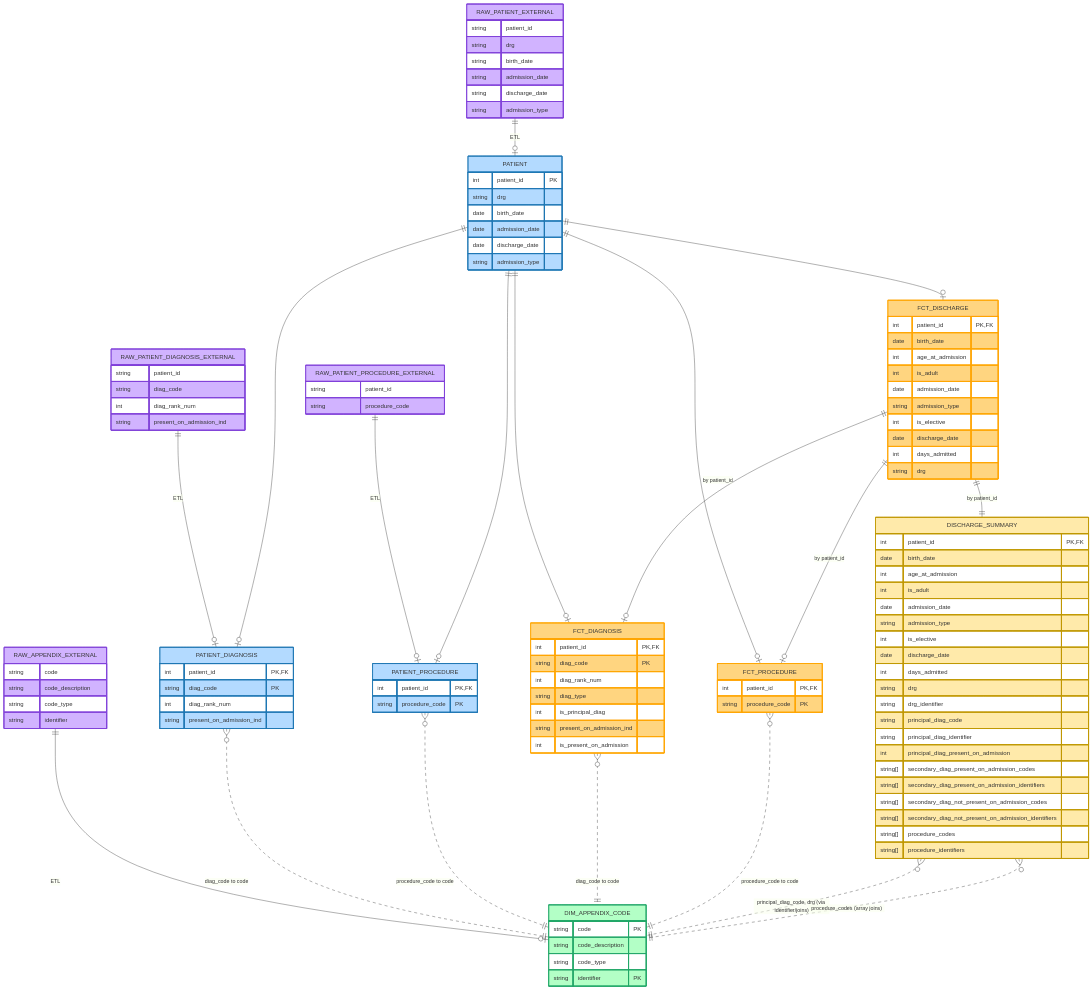
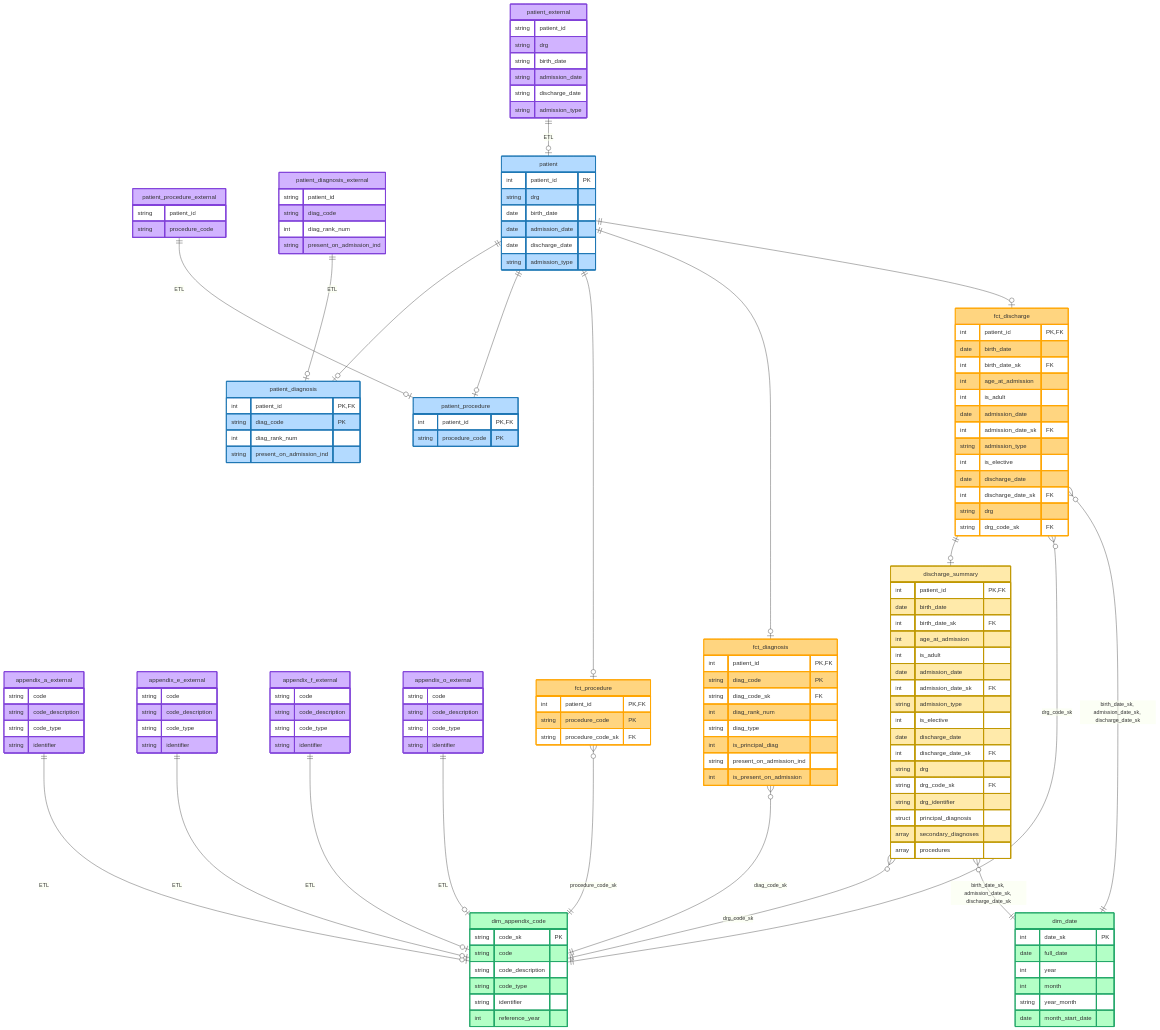
Before and after one commit to l-aldridge/hca-consulting-data-engineer-takehome: the diagram in README.md, drawn with Mermaid. The commit also changed other lines of this file and 7 other files, not shown here.

````diff
--- a/README.md
+++ b/README.md
@@ -23,148 +36,182 @@
 ```mermaid
 erDiagram
-  direction TB
+    direction TB
 
-  %% -----RAW EXTERNAL LAYER----
-  raw_patient_external["RAW_PATIENT_EXTERNAL"] {
-    string patient_id
-    string drg
-    string birth_date
-    string admission_date
-    string discharge_date
-    string admission_type
-  }
-  raw_patient_diagnosis_external["RAW_PATIENT_DIAGNOSIS_EXTERNAL"] {
-    string patient_id
-    string diag_code
-    int diag_rank_num
-    string present_on_admission_ind
-  }
-  raw_patient_procedure_external["RAW_PATIENT_PROCEDURE_EXTERNAL"] {
-    string patient_id
-    string procedure_code
-  }
-  raw_appendix_external["RAW_APPENDIX_EXTERNAL"] {
-    string code
-    string code_description
-    string code_type
-    string identifier
-  }
+    %% ------------ RAW EXTERNAL LAYER -----------
+    patient_external {
+        string patient_id
+        string drg
+        string birth_date
+        string admission_date
+        string discharge_date
+        string admission_type
+    }
+    patient_procedure_external {
+        string patient_id
+        string procedure_code
+    }
+    patient_diagnosis_external {
+        string patient_id
+        string diag_code
+        int diag_rank_num
+        string present_on_admission_ind
+    }
+    appendix_a_external {
+        string code
+        string code_description
+        string code_type
+        string identifier
+    }
+    appendix_e_external {
+        string code
+        string code_description
+        string code_type
+        string identifier
+    }
+    appendix_f_external {
+        string code
+        string code_description
+        string code_type
+        string identifier
+    }
+    appendix_o_external {
+        string code
+        string code_description
+        string code_type
+        string identifier
+    }
 
-  %% -----REFERENCE LAYER----
-  dim_appendix_code["DIM_APPENDIX_CODE"] {
-    string code PK
-    string code_description
-    string code_type
-    string identifier PK
-  }
+    %% ------------- REFERENCE LAYER -------------
+    dim_appendix_code {
+        string code_sk PK
+        string code
+        string code_description
+        string code_type
+        string identifier
+        int reference_year
+    }
+    dim_date {
+        int date_sk PK
+        date full_date
+        int year
+        int month
+        string year_month
+        date month_start_date
+    }
 
-  %% -----CORE LAYER----
-  patient["PATIENT"] {
-    int patient_id PK
-    string drg
-    date birth_date
-    date admission_date
-    date discharge_date
-    string admission_type
-  }
-  patient_diagnosis["PATIENT_DIAGNOSIS"] {
-    int patient_id PK, FK
-    string diag_code PK
-    int diag_rank_num
-    string present_on_admission_ind
-  }
-  patient_procedure["PATIENT_PROCEDURE"] {
-    int patient_id PK, FK
-    string procedure_code PK
-  }
 
-  %% -----ANALYTICS LAYER----
-  fct_discharge["FCT_DISCHARGE"] {
-    int patient_id PK, FK
-    date birth_date
-    int age_at_admission
-    int is_adult
-    date admission_date
-    string admission_type
-    int is_elective
-    date discharge_date
-    int days_admitted
-    string drg
-  }
-  fct_diagnosis["FCT_DIAGNOSIS"] {
-    int patient_id PK, FK
-    string diag_code PK
-    int diag_rank_num
-    string diag_type
-    int is_principal_diag
-    string present_on_admission_ind
-    int is_present_on_admission
-  }
-  fct_procedure["FCT_PROCEDURE"] {
-    int patient_id PK, FK
-    string procedure_code PK
-  }
-  discharge_summary["DISCHARGE_SUMMARY"] {
-    int patient_id PK, FK
-    date birth_date
-    int age_at_admission
-    int is_adult
-    date admission_date
-    string admission_type
-    int is_elective
-    date discharge_date
-    int days_admitted
-    string drg
-    string drg_identifier
-    string principal_diag_code
-    string principal_diag_identifier
-    int principal_diag_present_on_admission
-    string[] secondary_diag_present_on_admission_codes
-    string[] secondary_diag_present_on_admission_identifiers
-    string[] secondary_diag_not_present_on_admission_codes
-    string[] secondary_diag_not_present_on_admission_identifiers
-    string[] procedure_codes
-    string[] procedure_identifiers
-  }
+    %% ------------------ CORE LAYER -----------------
+    patient {
+        int patient_id PK
+        string drg
+        date birth_date
+        date admission_date
+        date discharge_date
+        string admission_type
+    }
+    patient_procedure {
+        int patient_id PK, FK
+        string procedure_code PK
+    }
+    patient_diagnosis {
+        int patient_id PK, FK
+        string diag_code PK
+        int diag_rank_num
+        string present_on_admission_ind
+    }
 
-  %% ---RAW TO CORE---
-  raw_patient_external ||--o| patient : "ETL"
-  raw_patient_diagnosis_external ||--o| patient_diagnosis : "ETL"
-  raw_patient_procedure_external ||--o| patient_procedure : "ETL"
-  raw_appendix_external ||--o| dim_appendix_code : "ETL"
+    %% ------------------ CORE FACTS -----------------
+    fct_discharge {
+        int patient_id PK, FK
+        date birth_date
+        int birth_date_sk FK
+        int age_at_admission
+        int is_adult
+        date admission_date
+        int admission_date_sk FK
+        string admission_type
+        int is_elective
+        date discharge_date
+        int discharge_date_sk FK
+        string drg
+        string drg_code_sk FK
+    }
+    fct_diagnosis {
+        int patient_id PK, FK
+        string diag_code PK
+        string diag_code_sk FK
+        int diag_rank_num
+        string diag_type
+        int is_principal_diag
+        string present_on_admission_ind
+        int is_present_on_admission
+    }
+    fct_procedure {
+        int patient_id PK, FK
+        string procedure_code PK
+        string procedure_code_sk FK
+    }
 
-  %% ---REFERENCE/CODE RELATIONSHIPS---
-  patient_diagnosis }o..|| dim_appendix_code : "diag_code to code"
-  patient_procedure }o..|| dim_appendix_code : "procedure_code to code"
-  fct_diagnosis }o..|| dim_appendix_code : "diag_code to code"
-  fct_procedure }o..|| dim_appendix_code : "procedure_code to code"
+    %% ----------------- ANALYTICS SUMMARY -----------------
+    discharge_summary {
+        int patient_id PK, FK
+        date birth_date
+        int birth_date_sk FK
+        int age_at_admission
+        int is_adult
+        date admission_date
+        int admission_date_sk FK
+        string admission_type
+        int is_elective
+        date discharge_date
+        int discharge_date_sk FK
+        string drg
+        string drg_code_sk FK
+        string drg_identifier
+        struct principal_diagnosis
+        array secondary_diagnoses
+        array procedures
+    }
 
-  %% ---CORE LAYER RELATIONSHIPS---
-  patient ||--o| patient_diagnosis : ""
-  patient ||--o| patient_procedure : ""
+    %% ------------ RELATIONSHIPS --------------
 
-  %% ---ANALYTICS LAYER RELATIONSHIPS---
-  patient ||--o| fct_discharge : ""
-  patient ||--o| fct_diagnosis : ""
-  patient ||--o| fct_procedure : ""
-  fct_discharge ||--o| fct_diagnosis : "by patient_id"
-  fct_discharge ||--o| fct_procedure : "by patient_id"
-  fct_discharge ||--|| discharge_summary : "by patient_id"
+    %% Raw external to staging layers
+    patient_external ||--o| patient : "ETL"
+    patient_procedure_external ||--o| patient_procedure : "ETL"
+    patient_diagnosis_external ||--o| patient_diagnosis : "ETL"
+    appendix_a_external ||--o| dim_appendix_code : "ETL"
+    appendix_e_external ||--o| dim_appendix_code : "ETL"
+    appendix_f_external ||--o| dim_appendix_code : "ETL"
+    appendix_o_external ||--o| dim_appendix_code : "ETL"
 
-  %% ---DISCHARGE SUMMARY CODE RELATIONSHIPS---
-  discharge_summary }o..|| dim_appendix_code : "principal_diag_code, drg (via identifier/joins)"
-  discharge_summary }o..|| dim_appendix_code : "procedure_codes (array joins)"
+    %% Reference FKs
+    fct_discharge }o--|| dim_date : "birth_date_sk, admission_date_sk, discharge_date_sk"
+    fct_discharge }o--|| dim_appendix_code : "drg_code_sk"
+    fct_diagnosis }o--|| dim_appendix_code : "diag_code_sk"
+    fct_procedure }o--|| dim_appendix_code : "procedure_code_sk"
+    discharge_summary }o--|| dim_date : "birth_date_sk, admission_date_sk, discharge_date_sk"
+    discharge_summary }o--|| dim_appendix_code : "drg_code_sk"
 
-  %% Color Classes
-  classDef raw fill:#D1B3FF,stroke:#8041D9,stroke-width:2px
-  classDef core fill:#B3DAFF,stroke:#1F78B4,stroke-width:2px
-  classDef fact fill:#FFD580,stroke:#FFA600,stroke-width:2px
-  classDef dim fill:#B3FFC6,stroke:#23A769,stroke-width:2px
-  classDef summary fill:#FFEAAA,stroke:#C09800,stroke-width:2px
+    %% Core to fact relationships
+    patient ||--o| fct_discharge : ""
+    patient ||--o| fct_diagnosis : ""
+    patient ||--o| fct_procedure : ""
+    patient ||--o| patient_procedure : ""
+    patient ||--o| patient_diagnosis : ""
 
-  class raw_patient_external,raw_patient_diagnosis_external,raw_patient_procedure_external,raw_appendix_external raw
-  class patient,patient_diagnosis,patient_procedure core
-  class fct_discharge,fct_diagnosis,fct_procedure fact
-  class dim_appendix_code dim
-  class discharge_summary summary
-```
+    %% Facts to summary
+    fct_discharge ||--o| discharge_summary : ""
+
+    %% ------------- COLOR CLASSES --------------
+    classDef raw fill:#D1B3FF,stroke:#8041D9,stroke-width:2px
+    classDef ref fill:#B3FFC6,stroke:#23A769,stroke-width:2px
+    classDef core fill:#B3DAFF,stroke:#1F78B4,stroke-width:2px
+    classDef fact fill:#FFD580,stroke:#FFA600,stroke-width:2px
+    classDef summary fill:#FFEAAA,stroke:#C09800,stroke-width:2px
+
+    class patient_external,patient_procedure_external,patient_diagnosis_external,appendix_a_external,appendix_e_external,appendix_f_external,appendix_o_external raw
+    class dim_appendix_code,dim_date ref
+    class patient,patient_procedure,patient_diagnosis core
+    class fct_discharge,fct_diagnosis,fct_procedure fact
+    class discharge_summary summary
+```    
````
